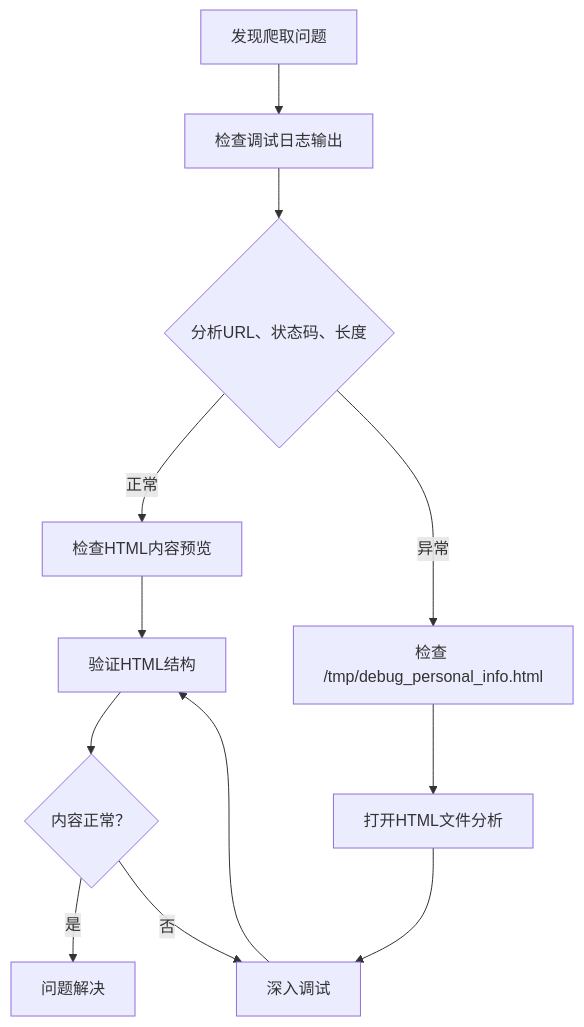
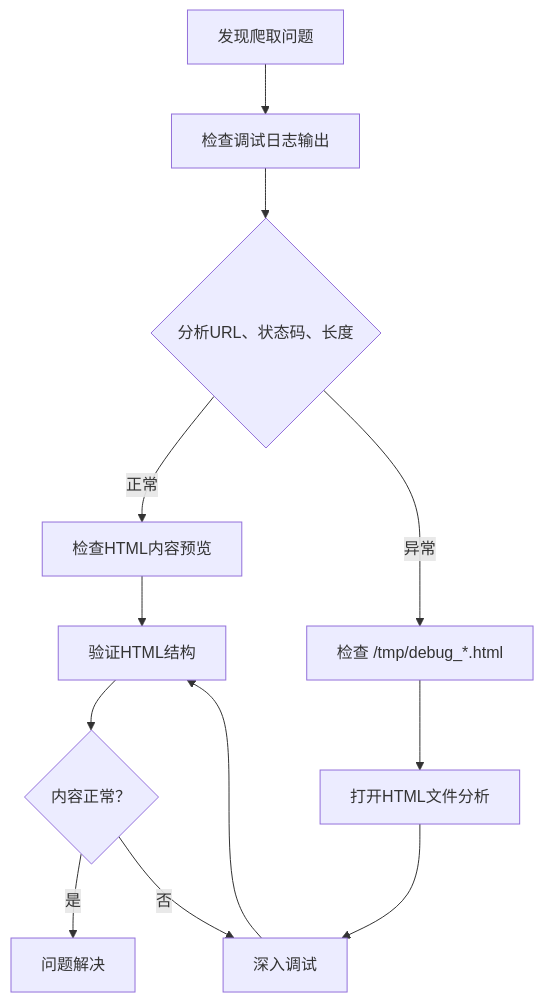
The eighth of 9 diagrams in .qoder/repowiki/zh/content/开发指南/调试工具/后端调试.md (ghbbn053-ship-itsoulddog/soulddog), drawn with Mermaid before and after one commit. The commit also changed other lines of this file and 6 other files, not shown here.

````diff
--- a/.qoder/repowiki/zh/content/开发指南/调试工具/后端调试.md
+++ b/.qoder/repowiki/zh/content/开发指南/调试工具/后端调试.md
@@ -386,14 +391,14 @@
 ```mermaid
 flowchart TD
 Problem["发现爬取问题"] --> CheckLogs["检查调试日志输出"]
 CheckLogs --> Analyze{"分析URL、状态码、长度"}
 Analyze --> |正常| CheckContent["检查HTML内容预览"]
-Analyze --> |异常| CheckFile["检查 /tmp/debug_personal_info.html"]
+Analyze --> |异常| CheckFile["检查 /tmp/debug_*.html"]
 CheckContent --> Verify["验证HTML结构"]
 Verify --> Success{"内容正常？"}
 Success --> |是| Complete["问题解决"]
 Success --> |否| Debug["深入调试"]
 CheckFile --> OpenFile["打开HTML文件分析"]
 OpenFile --> Debug
 Debug --> Verify
 ```
````
